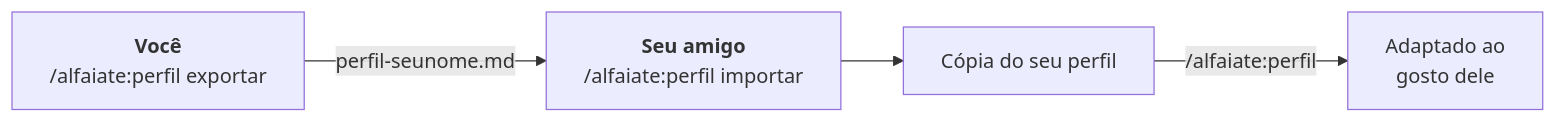
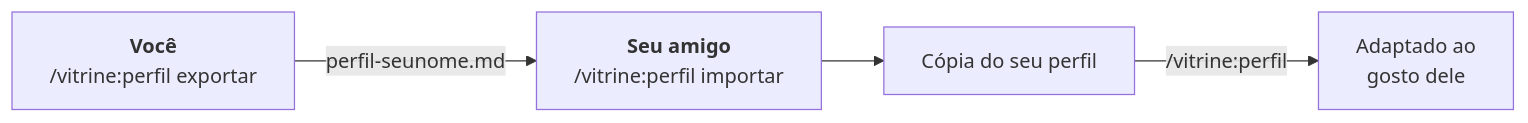
Before and after one commit to zjeanero/vitrine-skill: the diagram in README.md, drawn with Mermaid. The commit also changed other lines of this file and 29 other files, not shown here.

````diff
--- a/README.md
+++ b/README.md
@@ -101,6 +101,6 @@
 ```mermaid
 flowchart LR
-    A["<b>Você</b><br/>/alfaiate:perfil exportar"] -- "perfil-seunome.md" --> B["<b>Seu amigo</b><br/>/alfaiate:perfil importar"]
+    A["<b>Você</b><br/>/vitrine:perfil exportar"] -- "perfil-seunome.md" --> B["<b>Seu amigo</b><br/>/vitrine:perfil importar"]
     B --> C["Cópia do seu perfil"]
-    C -- "/alfaiate:perfil" --> D["Adaptado ao<br/>gosto dele"]
+    C -- "/vitrine:perfil" --> D["Adaptado ao<br/>gosto dele"]
 ```
````
